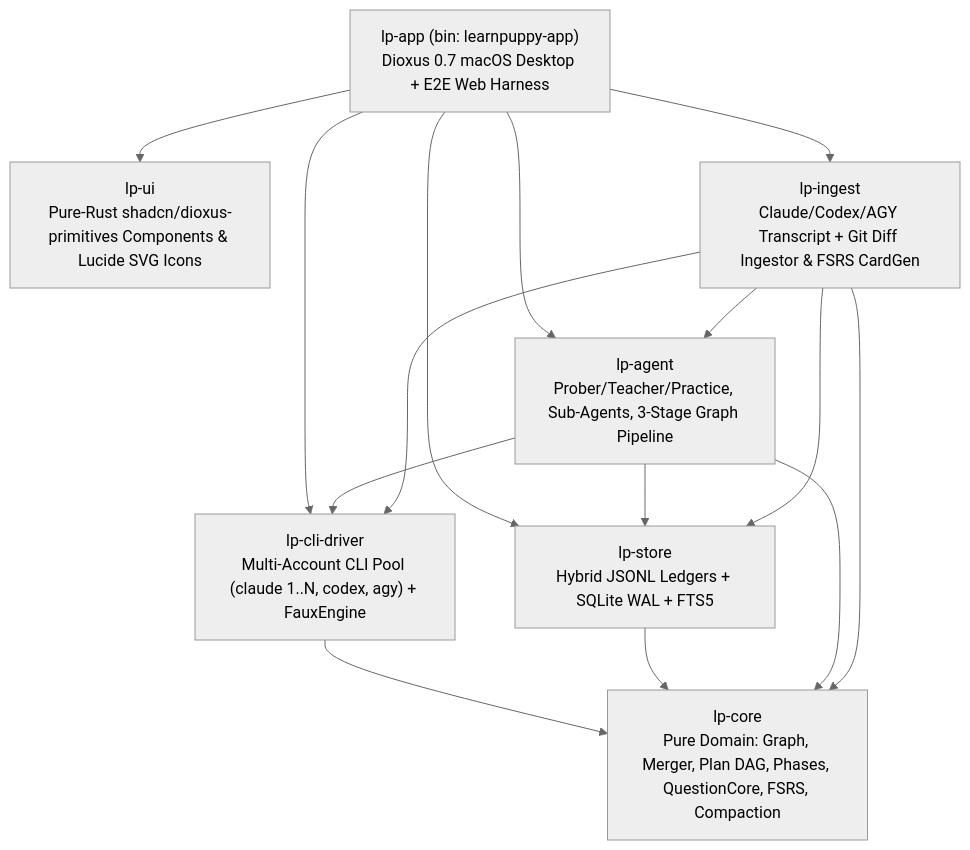
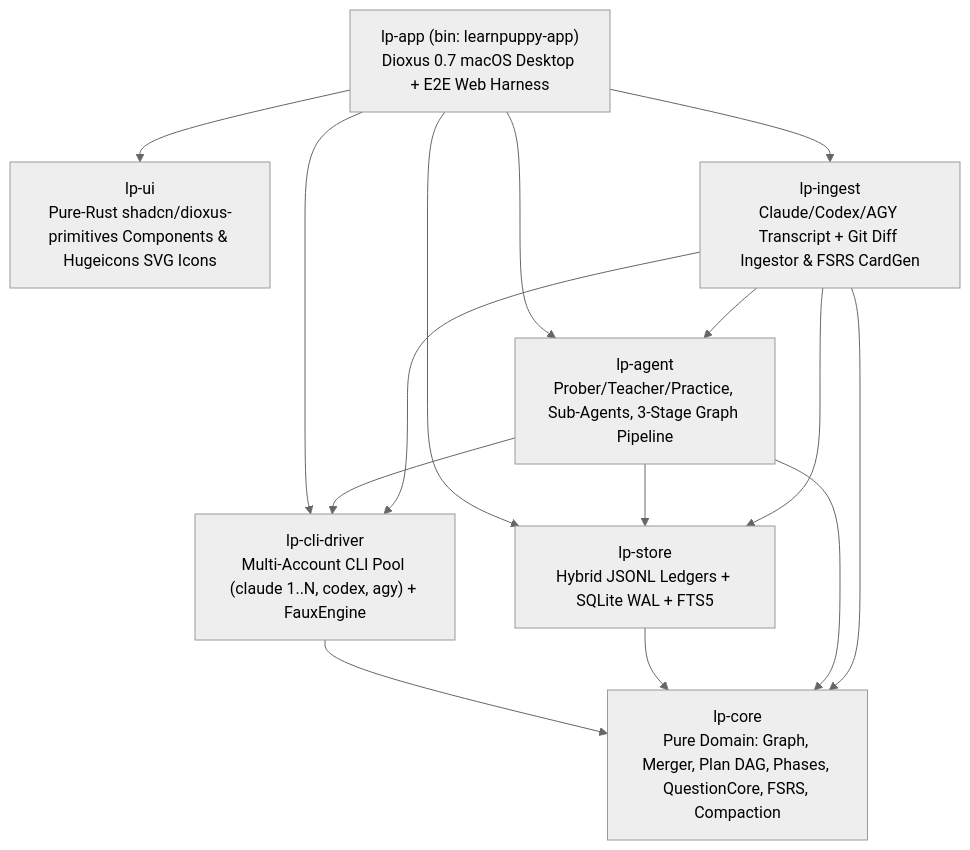
One commit to PrathamBhavsar/learnpuppy changed the first of 2 diagrams in docs/PLAN.md. Above: the diagram before and after it, drawn with Mermaid (neutral theme). The commit also changed other lines of this file and 4 other files, not shown here.

Commit message:
docs: lucide -> hugeicons mentions

````diff
--- a/docs/PLAN.md
+++ b/docs/PLAN.md
@@ -62,17 +62,17 @@
 ```mermaid
 flowchart TD
-    APP["lp-app (bin: learnpuppy-app)\nDioxus 0.7 macOS Desktop + E2E Web Harness"] --> UI["lp-ui\nPure-Rust shadcn/dioxus-primitives Components & Lucide SVG Icons"]
+    APP["lp-app (bin: learnpuppy-app)\nDioxus 0.7 macOS Desktop + E2E Web Harness"] --> UI["lp-ui\nPure-Rust shadcn/dioxus-primitives Components & Hugeicons SVG Icons"]
     APP --> AGENT["lp-agent\nProber/Teacher/Practice, Sub-Agents, 3-Stage Graph Pipeline"]
     APP --> INGEST["lp-ingest\nClaude/Codex/AGY Transcript + Git Diff Ingestor & FSRS CardGen"]
     APP --> DRIVER["lp-cli-driver\nMulti-Account CLI Pool (claude 1..N, codex, agy) + FauxEngine"]
     APP --> STORE["lp-store\nHybrid JSONL Ledgers + SQLite WAL + FTS5"]
     AGENT --> DRIVER
     AGENT --> STORE
     INGEST --> DRIVER
     INGEST --> STORE
     INGEST --> AGENT
     DRIVER --> CORE["lp-core\nPure Domain: Graph, Merger, Plan DAG, Phases, QuestionCore, FSRS, Compaction"]
     STORE --> CORE
     AGENT --> CORE
     INGEST --> CORE
 ```
````
